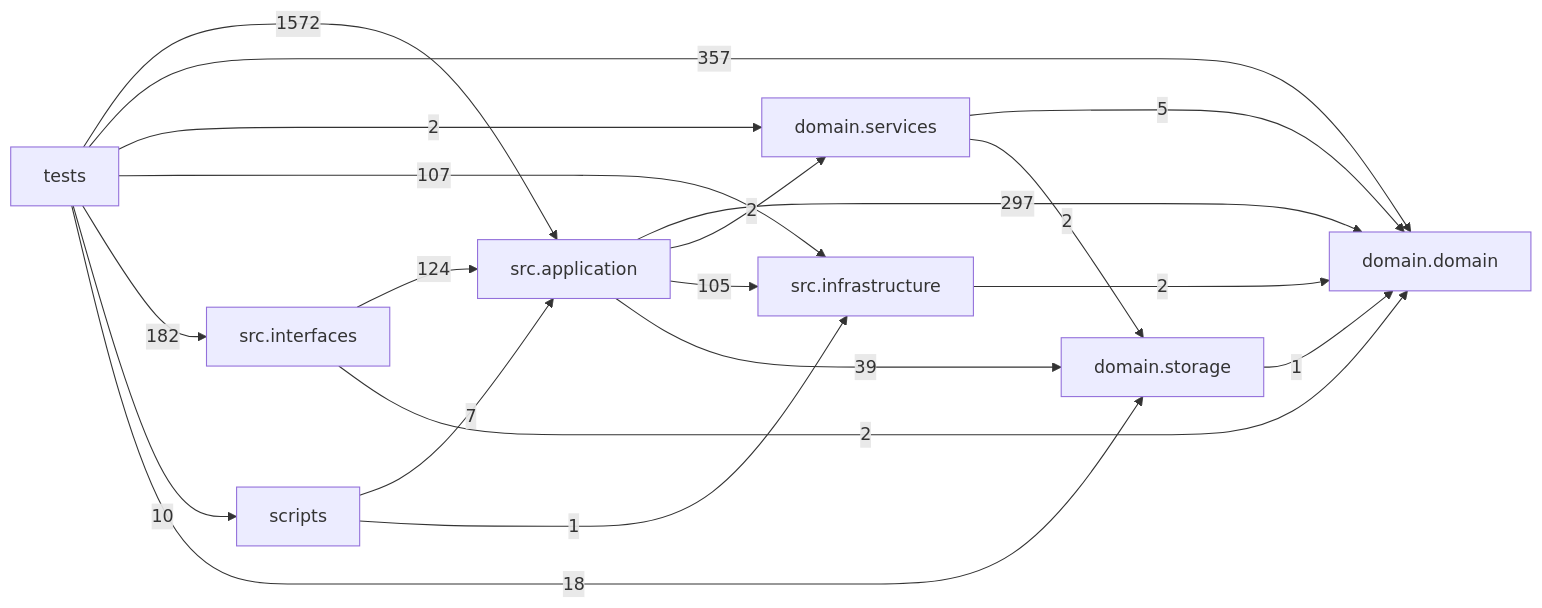
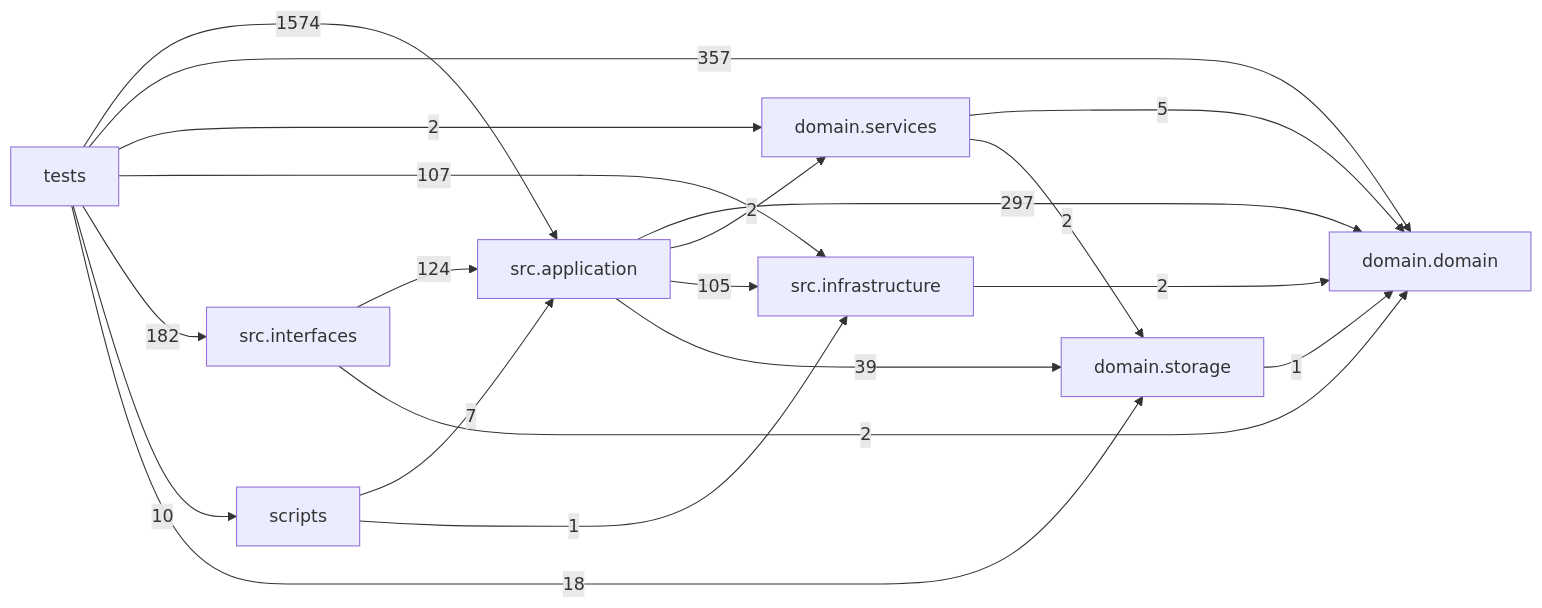
Before and after one commit to liuxie066/options-monitor: the diagram in docs/DEPENDENCY_GRAPH.md, drawn with Mermaid. The commit also changed other lines of this file and 3 other files, not shown here.

````diff
--- a/docs/DEPENDENCY_GRAPH.md
+++ b/docs/DEPENDENCY_GRAPH.md
@@ -24,30 +24,30 @@
 ```mermaid
 flowchart LR
   tests["tests"]
   scripts["scripts"]
   interfaces["src.interfaces"]
   application["src.application"]
   infrastructure["src.infrastructure"]
   domain_services["domain.services"]
   domain["domain.domain"]
   storage["domain.storage"]
   application -->|297| domain
   application -->|2| domain_services
   application -->|105| infrastructure
   application -->|39| storage
   domain_services -->|5| domain
   domain_services -->|2| storage
   infrastructure -->|2| domain
   interfaces -->|124| application
   interfaces -->|2| domain
   scripts -->|7| application
   scripts -->|1| infrastructure
   storage -->|1| domain
-  tests -->|1572| application
+  tests -->|1574| application
   tests -->|357| domain
   tests -->|2| domain_services
   tests -->|107| infrastructure
   tests -->|182| interfaces
   tests -->|10| scripts
   tests -->|18| storage
 ```
````
